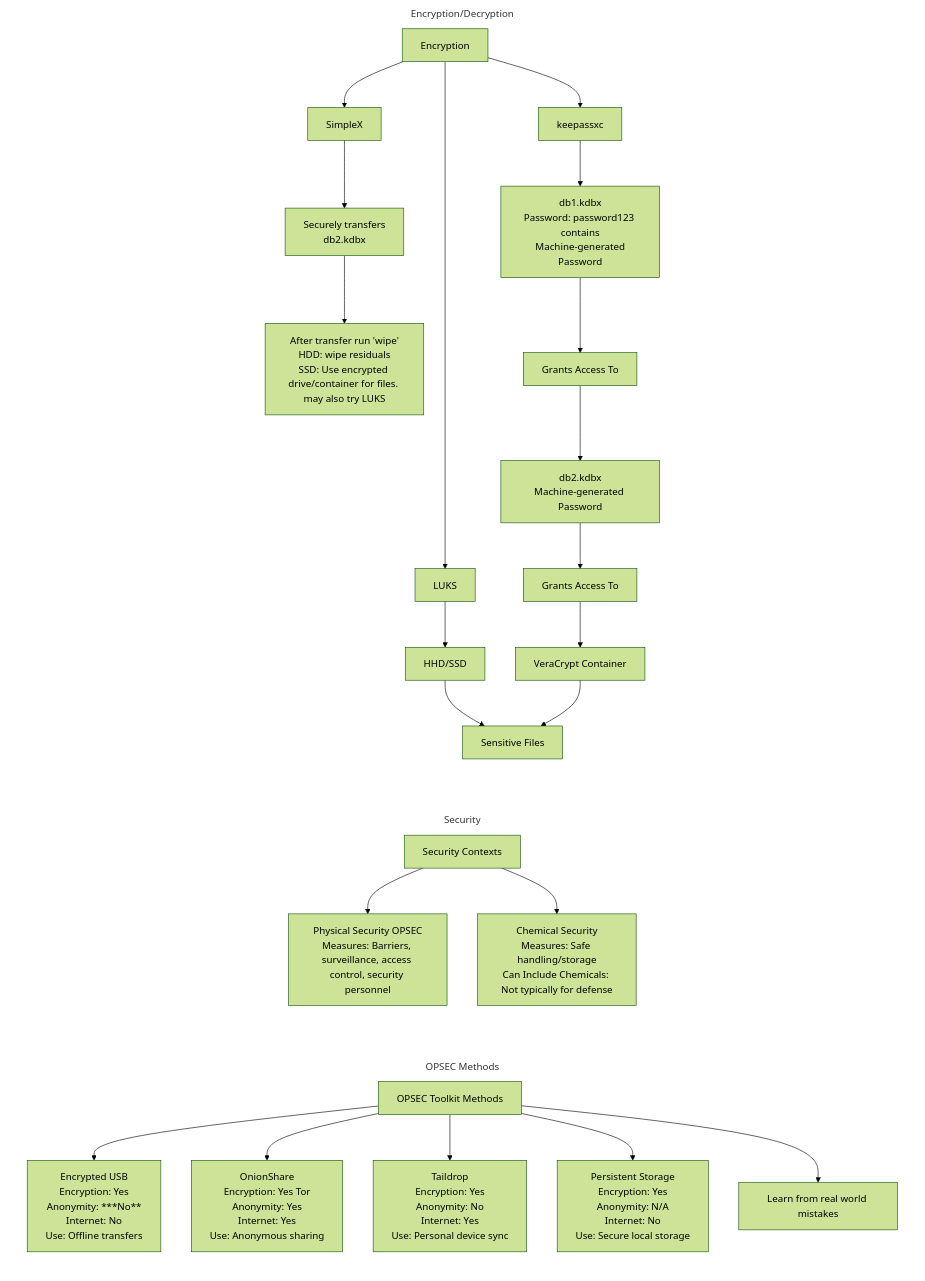
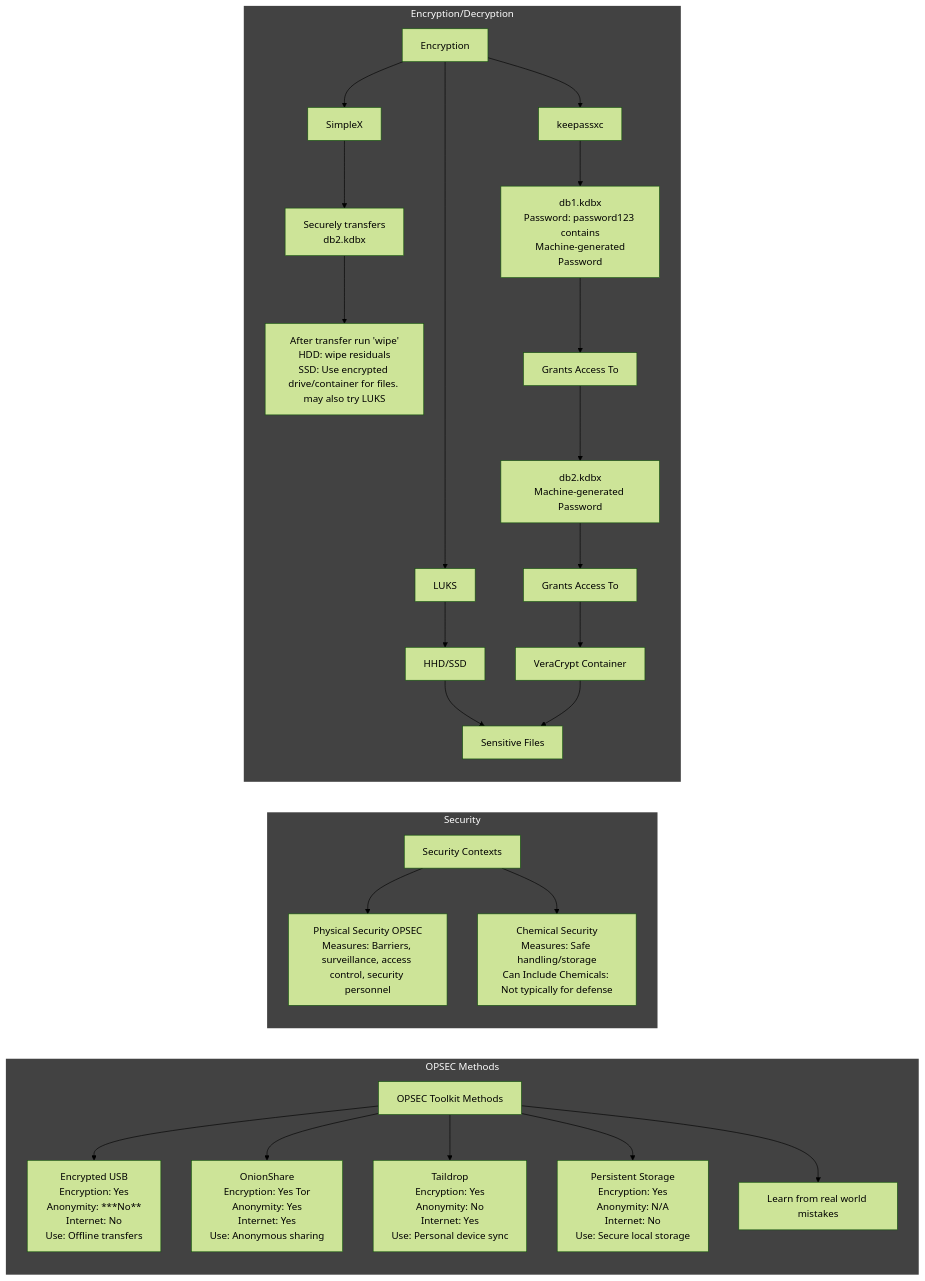
Before and after one commit to airborne-commando/OPSEC-OSINT-Tools: the diagram in markdown/mermaid-data/OPSEC-methods.md, drawn with Mermaid (forest theme).

Commit message:
Changes to be committed: 	modified:   markdown/mermaid-data/OPSEC-methods.md

````diff
--- a/markdown/mermaid-data/OPSEC-methods.md
+++ b/markdown/mermaid-data/OPSEC-methods.md
@@ -1,52 +1,53 @@
 ```mermaid
 ---
 config:
   layout: dagre
 ---
 flowchart LR
  subgraph subGraph0["OPSEC Methods"]
         A["OPSEC Toolkit Methods"]
         B["Encrypted USB<br>Encryption: Yes<br>Anonymity: ***No**<br>Internet: No<br>Use: Offline transfers"]
         C["OnionShare<br>Encryption: Yes Tor<br>Anonymity: Yes<br>Internet: Yes<br>Use: Anonymous sharing"]
         D["Taildrop<br>Encryption: Yes<br>Anonymity: No<br>Internet: Yes<br>Use: Personal device sync"]
         E["Persistent Storage<br>Encryption: Yes<br>Anonymity: N/A<br>Internet: No<br>Use: Secure local storage"]
         FF["Learn from real world mistakes"]
   end
  subgraph Security["Security"]
         Q["Security Contexts"]
         R["Physical Security OPSEC<br>Measures: Barriers, surveillance, access control, security personnel"]
         S["Chemical Security<br>Measures: Safe handling/storage<br>Can Include Chemicals: Not typically for defense"]
   end
  subgraph s1["Encryption/Decryption"]
         G1["db1.kdbx<br>Password: password123 <br> contains <br> Machine-generated Password"]
         H["Grants Access To"]
         J1["db2.kdbx<br>Machine-generated Password"]
         K["Grants Access To"]
         L["Sensitive Files"]
         N["SimpleX"]
         O["Securely transfers<br>db2.kdbx"]
         P@{ label: "After transfer run 'wipe'<br>HDD: wipe residuals<br>SSD: Use encrypted drive/container for files. may also try LUKS" }
         E1["Encryption"]
         D1["LUKS"]
         B1["HHD/SSD"]
         XC["keepassxc"]
         J["VeraCrypt Container"]
   end
     A --> B & C & D & E & FF
     Q --> R & S
     E1 --> XC & D1 & N
     XC --> G1
     D1 --> B1
     B1 --> L
     N --> O
     O --> P
     G1 --> H
     H --> J1
     J1 --> K
     K --> J
     J --> L
+
     P@{ shape: rect}
-    style s1 fill:transparent,stroke:none
-    style Security fill:transparent,stroke:none
-    style subGraph0 stroke:none,fill:transparent
+    style s1 fill:#424242,stroke:none,color:#FFFFFF
+    style Security fill:#424242,stroke:none,color:#FFFFFF
+    style subGraph0 stroke:none,fill:#424242,color:#FFFFFF
 ```
````
